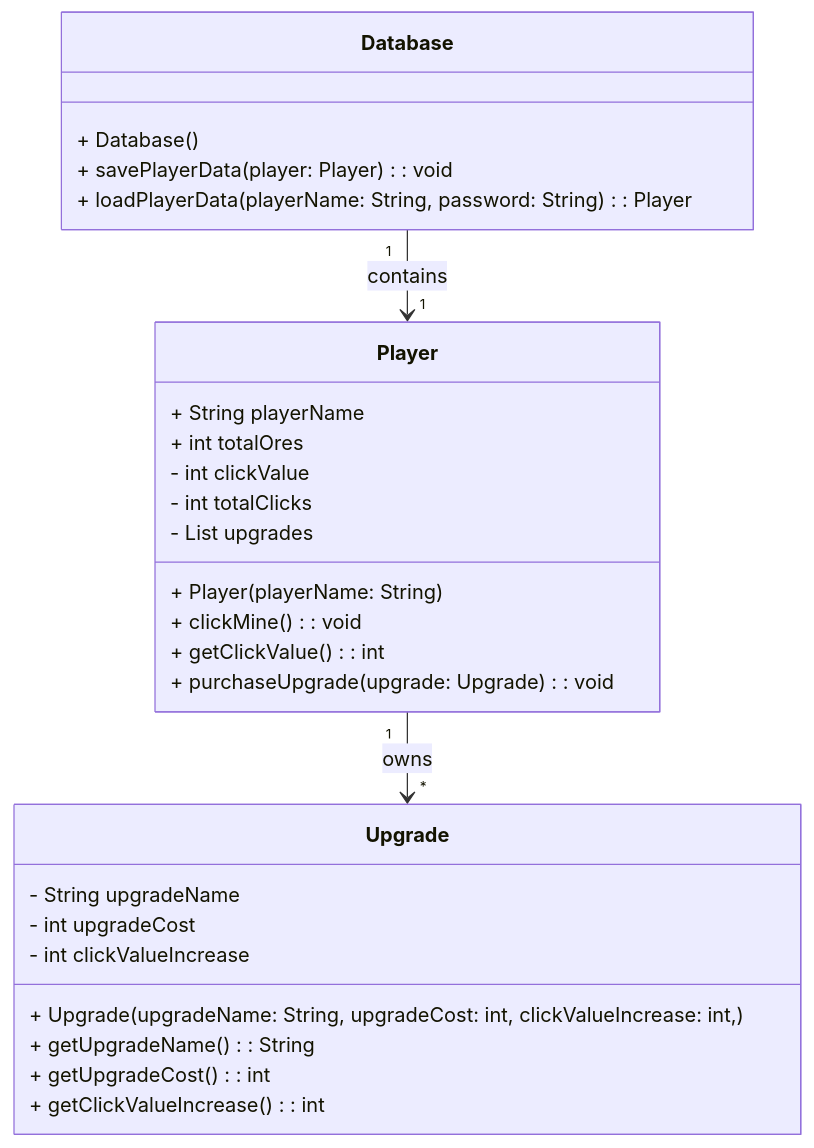
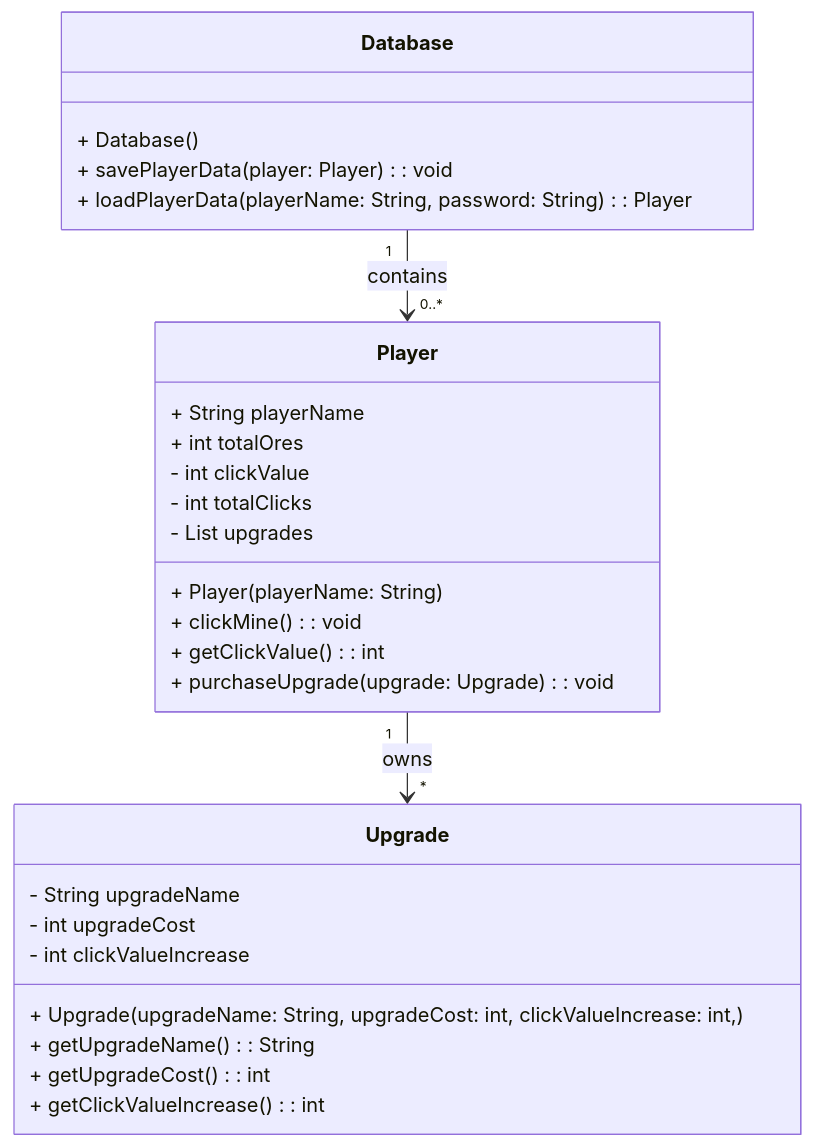
Before and after one commit to KAYRAHxWOLF/MasterMinerV1: the first of 2 diagrams in README.md, drawn with Mermaid.

````diff
--- a/README.md
+++ b/README.md
@@ -30,31 +30,31 @@
 ```mermaid
 classDiagram
     class Player {
         + String playerName
         + int totalOres
         - int clickValue
         - int totalClicks
         - List<Upgrade> upgrades
         + Player(playerName: String)
         + clickMine(): void
         + getClickValue(): int
         + purchaseUpgrade(upgrade: Upgrade): void
     }
     class Upgrade {
         - String upgradeName
         - int upgradeCost
         - int clickValueIncrease
         + Upgrade(upgradeName: String, upgradeCost: int, clickValueIncrease: int,)
         + getUpgradeName(): String
         + getUpgradeCost(): int
         + getClickValueIncrease(): int
     }
       class Database { 
       + Database() 
       + savePlayerData(player: Player): void 
       + loadPlayerData(playerName: String, password: String): Player
     }
 
     Player "1" --> "*" Upgrade : owns
-    Database "1" --> "1" Player : contains
+    Database "1" --> "0..*" Player : contains
 ```
````
